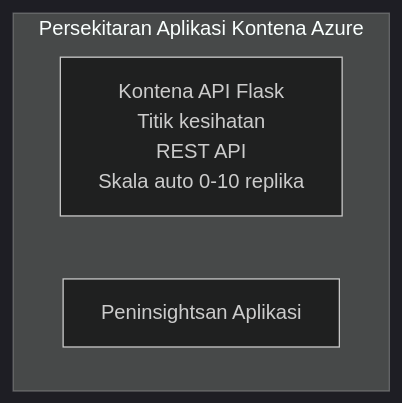
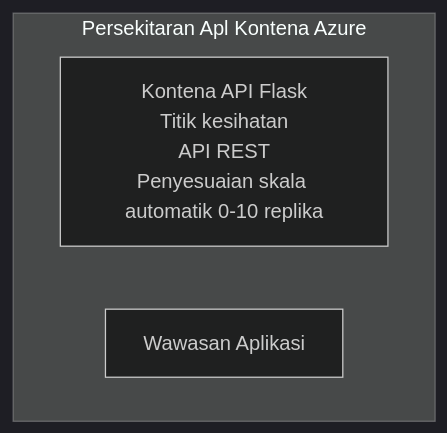
The diagram in translations/ms/examples/container-app/simple-flask-api/README.md (microsoft/AZD-for-beginners), drawn with Mermaid (dark theme) before and after one commit. The commit also changed other lines of this file and 104 other files, not shown here.

````diff
--- a/translations/ms/examples/container-app/simple-flask-api/README.md
+++ b/translations/ms/examples/container-app/simple-flask-api/README.md
@@ -26,7 +26,7 @@
 ```mermaid
 graph TD
-    subgraph ACA[Persekitaran Aplikasi Kontena Azure]
-        Flask[Kontena API Flask<br/>Titik kesihatan<br/>REST API<br/>Skala auto 0-10 replika]
-        AppInsights[Peninsightsan Aplikasi]
+    subgraph ACA[Persekitaran Apl Kontena Azure]
+        Flask[Kontena API Flask<br/>Titik kesihatan<br/>API REST<br/>Penyesuaian skala automatik 0-10 replika]
+        AppInsights[Wawasan Aplikasi]
     end
 ```
````
